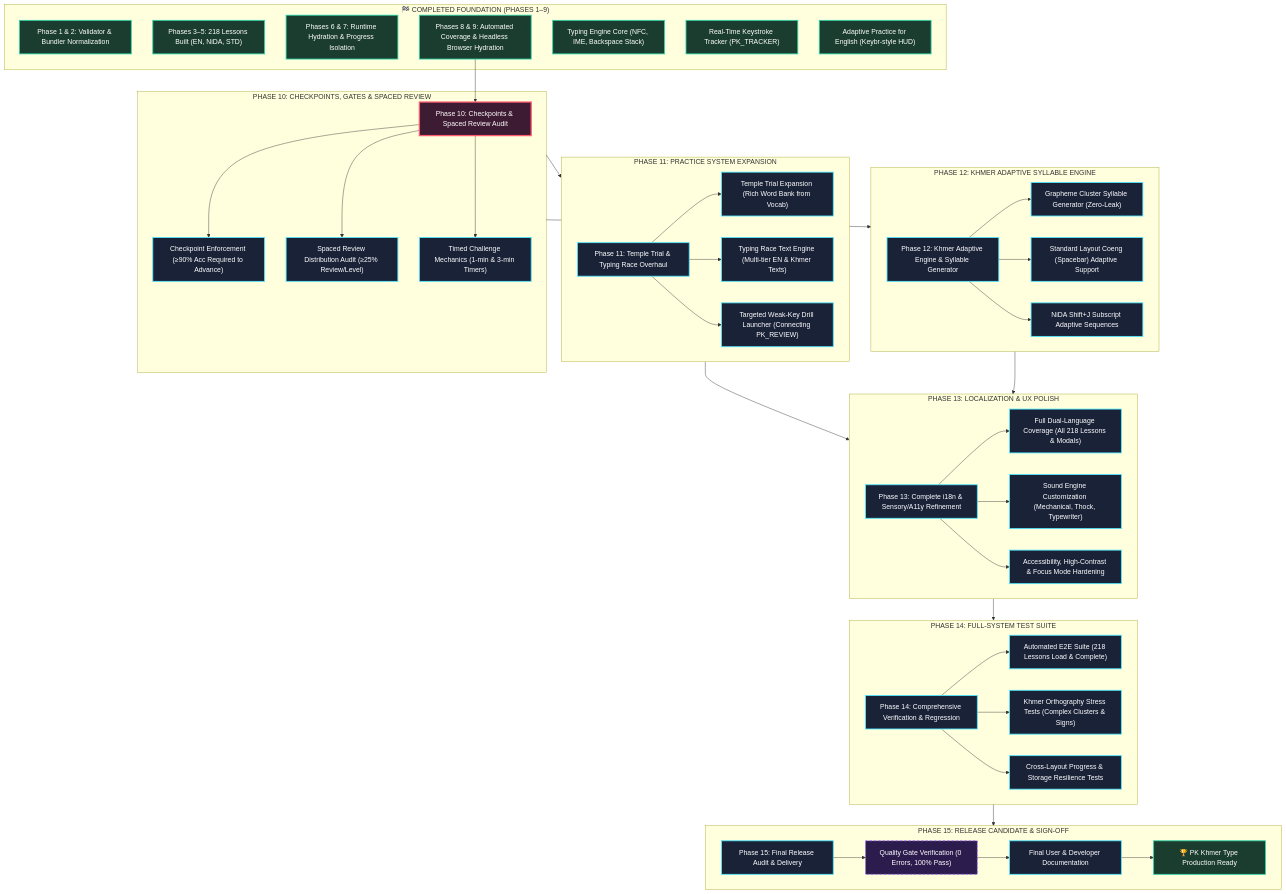
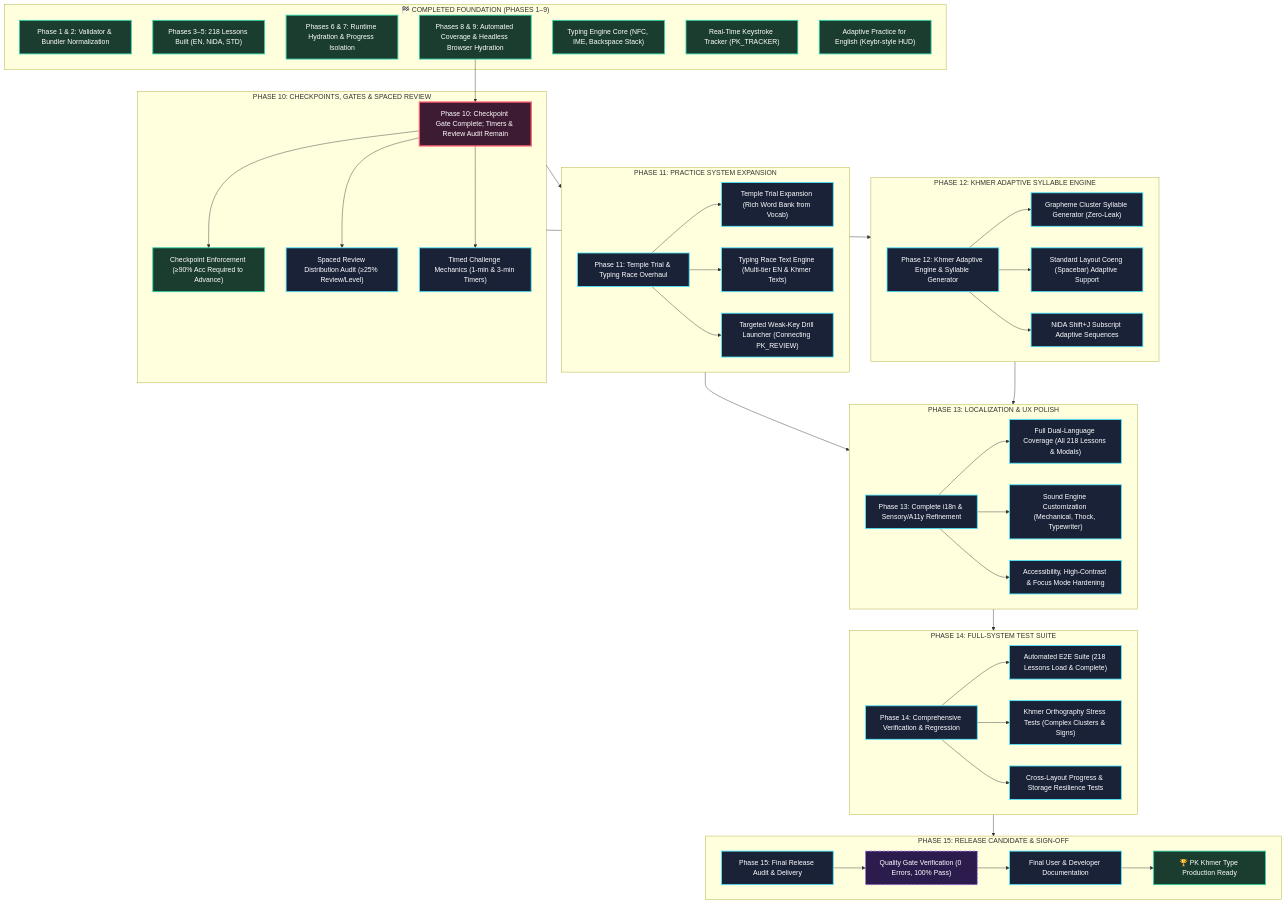
Diagram 23 of 23 in lesson_overhaul_plan.md (phanaach4889/PK-Khmer-Type), drawn with Mermaid before and after one commit. The commit also changed other lines of this file and 76 other files, not shown here.

```diff
--- a/lesson_overhaul_plan.md
+++ b/lesson_overhaul_plan.md
@@ -1427,8 +1427,8 @@
     P8_P9 --> PHASE10
     
     subgraph PHASE10_SUB ["PHASE 10: CHECKPOINTS, GATES & SPACED REVIEW"]
-        PHASE10["Phase 10: Checkpoints & Spaced Review Audit"]:::next
-        CP_GATE["Checkpoint Enforcement (≥90% Acc Required to Advance)"]:::planned
+        PHASE10["Phase 10: Checkpoint Gate Complete; Timers & Review Audit Remain"]:::next
+        CP_GATE["Checkpoint Enforcement (≥90% Acc Required to Advance)"]:::done
         SPACED_REV["Spaced Review Distribution Audit (≥25% Review/Level)"]:::planned
         TIMED_CHALLENGE["Timed Challenge Mechanics (1-min & 3-min Timers)"]:::planned
         PHASE10 --> CP_GATE
```
